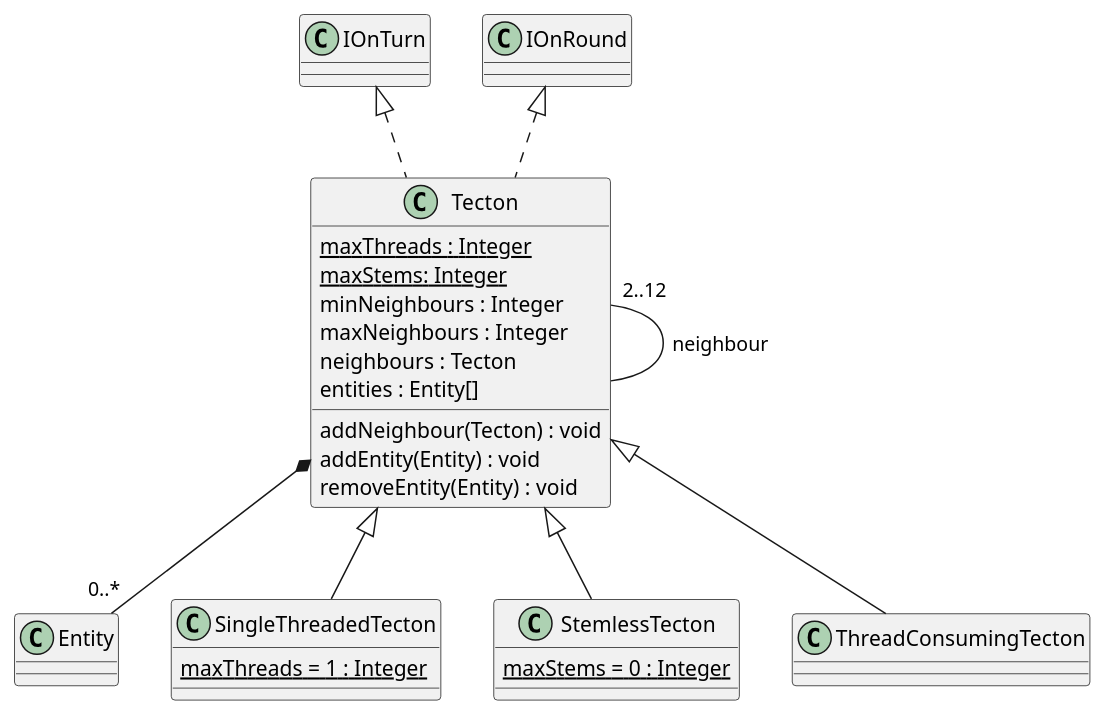
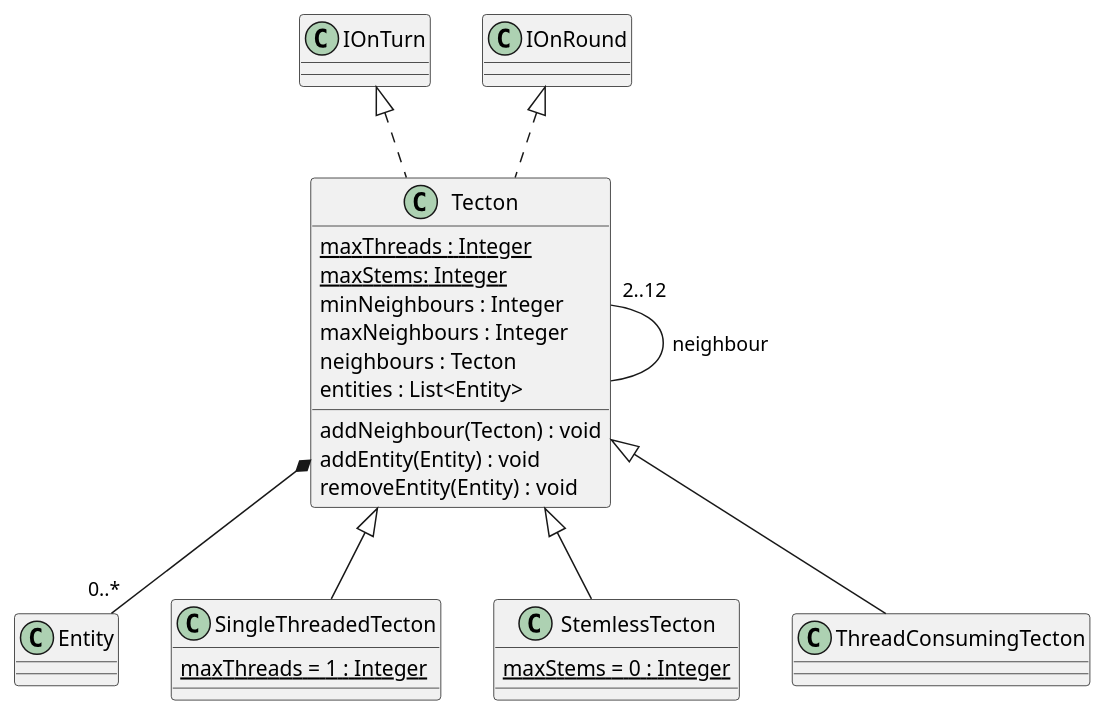
The diagram in 3/classes/tecton.puml (Petya-G/fungorium), drawn with PlantUML before and after one commit. The commit also changed 7 other files, not shown here.

```diff
--- a/3/classes/tecton.puml
+++ b/3/classes/tecton.puml
@@ -1,41 +1,41 @@
 @startuml tecton
   IOnTurn <|.. Tecton 
   IOnRound <|.. Tecton 
   Tecton "2..12" -- Tecton : neighbour
   Tecton *-- "0..*" Entity
   class Tecton {
     {static} maxThreads : Integer
     {static} maxStems: Integer
     minNeighbours : Integer
     maxNeighbours : Integer
     neighbours : Tecton
-    entities : Entity[]
+    entities : List<Entity>
 
     addNeighbour(Tecton) : void
     addEntity(Entity) : void
     removeEntity(Entity) : void
   }
 
   'Tecton *-- "0..1" MushroomStem 
   'Tecton *-- "0..*" MushroomThread
   
   'SingleThreadedTecton *-- "0..1" MushroomStem
   'SingleThreadedTecton "2" *-- "0..1" MushroomThread
   Tecton <|-- SingleThreadedTecton
   class SingleThreadedTecton {
     {static} maxThreads = 1 : Integer
   }
 
 
   'BodylessTecton "2" *-- "0..*" MushroomThread
   Tecton <|-- StemlessTecton
   class StemlessTecton {
     {static} maxStems = 0 : Integer
   }
 
   ' ThreadConsumingTecton *-- "0..1" MushroomStem
   'ThreadConsumingTecton "2" *-- "0..*" MushroomThread
   Tecton <|-- ThreadConsumingTecton
   class ThreadConsumingTecton {
   }
 @enduml
```
